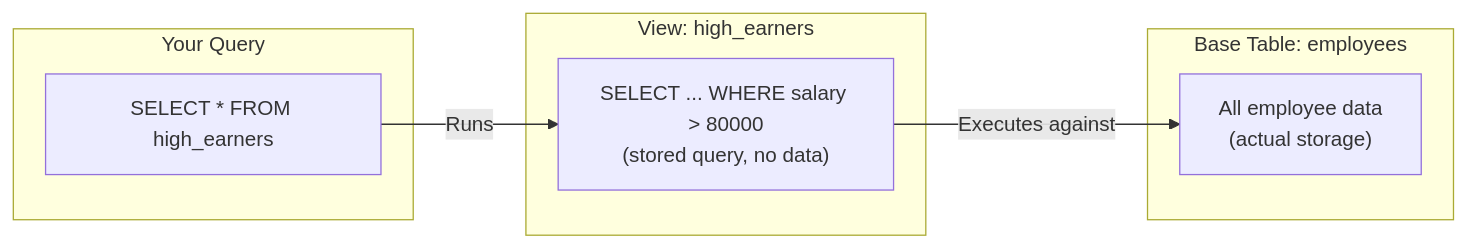
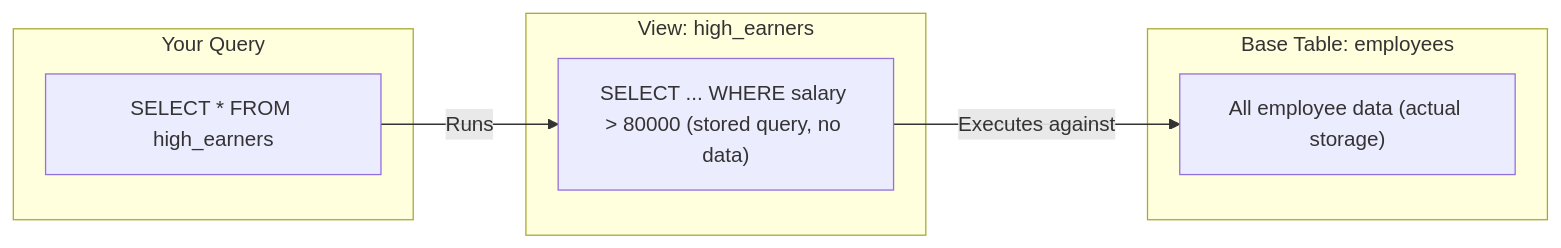
Before and after one commit to pentoshi007/prep: diagram 15 of 16 in SQL/readmeClV1.md, drawn with Mermaid. The commit also changed other lines of this file and 1 other file, not shown here.

````diff
--- a/SQL/readmeClV1.md
+++ b/SQL/readmeClV1.md
@@ -1941,17 +1941,17 @@
 ```mermaid
 flowchart LR
     subgraph BaseTable["Base Table: employees"]
-        BT["All employee data\n(actual storage)"]
+        BT["All employee data (actual storage)"]
     end
 
     subgraph View["View: high_earners"]
-        V["SELECT ... WHERE salary > 80000\n(stored query, no data)"]
+        V["SELECT ... WHERE salary > 80000 (stored query, no data)"]
     end
 
     subgraph Query["Your Query"]
         Q["SELECT * FROM high_earners"]
     end
 
     Q -->|"Runs"| V
     V -->|"Executes against"| BT
 ```
````
